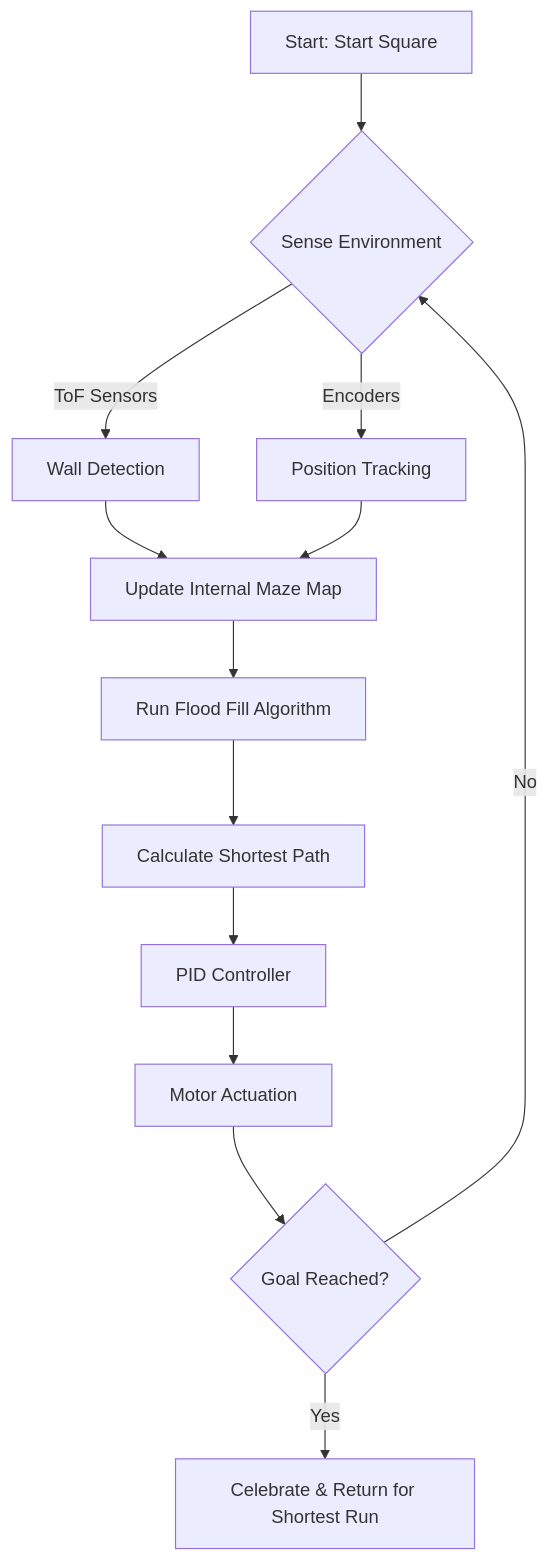
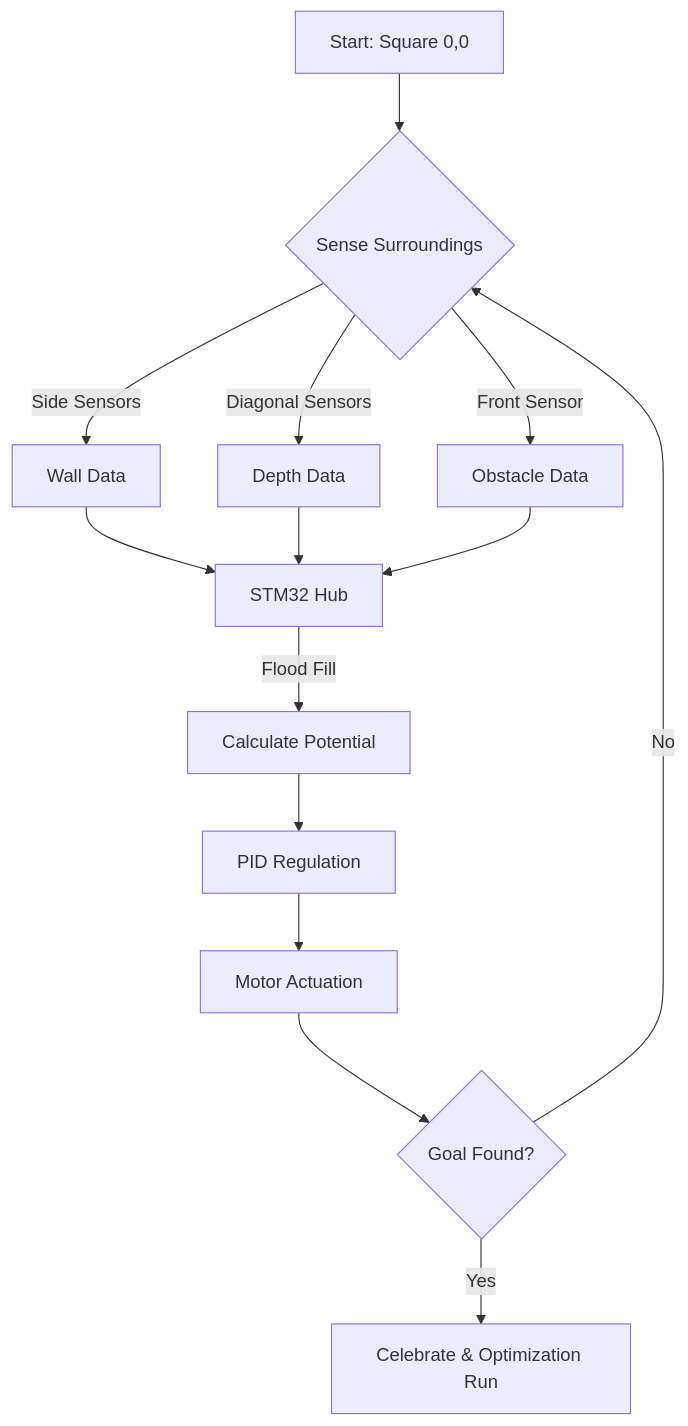
One commit to gowthamnow/Autonomous-Navigator-with-Algorythms changed the diagram in README.md. Above: the diagram before and after it, drawn with Mermaid. The commit also changed other lines of this file, not shown here.

````diff
--- a/README.md
+++ b/README.md
@@ -54,15 +53,16 @@
 ```mermaid
 graph TD
-    A[Start: Start Square] --> B{Sense Environment}
-    B -->|ToF Sensors| C[Wall Detection]
-    B -->|Encoders| D[Position Tracking]
-    C --> E[Update Internal Maze Map]
-    D --> E
-    E --> F[Run Flood Fill Algorithm]
-    F --> G[Calculate Shortest Path]
-    G --> H[PID Controller]
+    A[Start: Square 0,0] --> B{Sense Surroundings}
+    B -->|Side Sensors| C[Wall Data]
+    B -->|Diagonal Sensors| D[Depth Data]
+    B -->|Front Sensor| E[Obstacle Data]
+    C --> F[STM32 Hub]
+    D --> F
+    E --> F
+    F -->|Flood Fill| G[Calculate Potential]
+    G --> H[PID Regulation]
     H --> I[Motor Actuation]
-    I --> J{Goal Reached?}
+    I --> J{Goal Found?}
     J -->|No| B
-    J -->|Yes| K[Celebrate & Return for Shortest Run]
+    J -->|Yes| K[Celebrate & Optimization Run]
 ```
````
